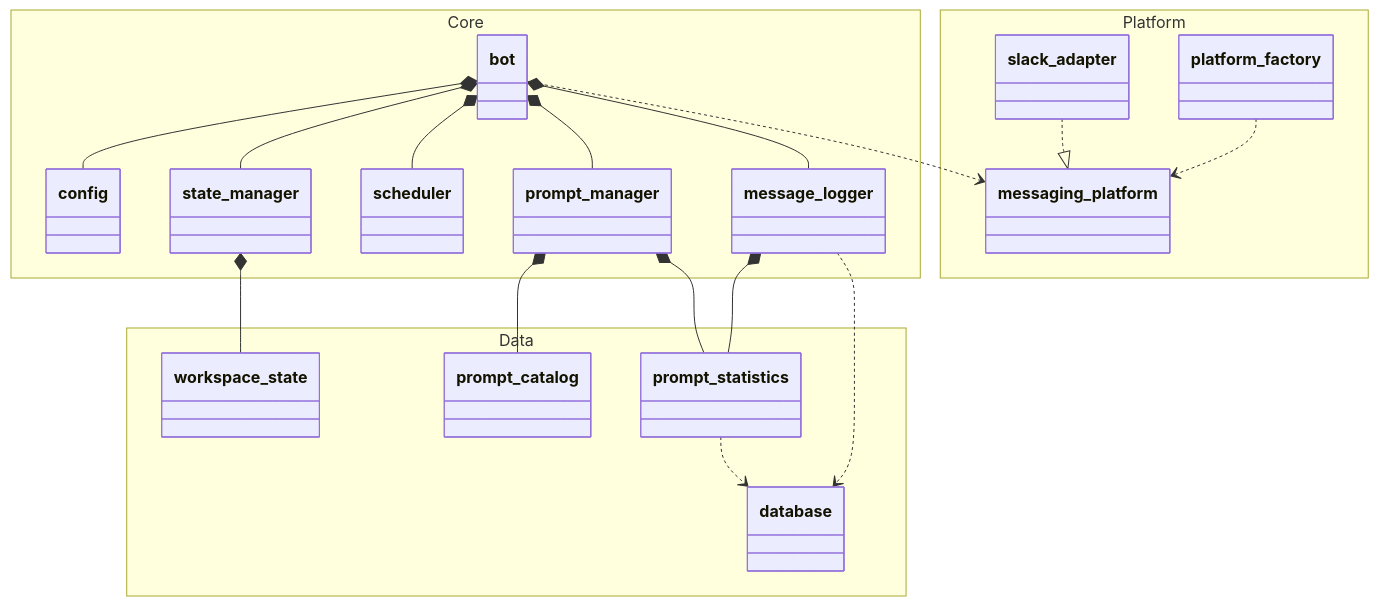
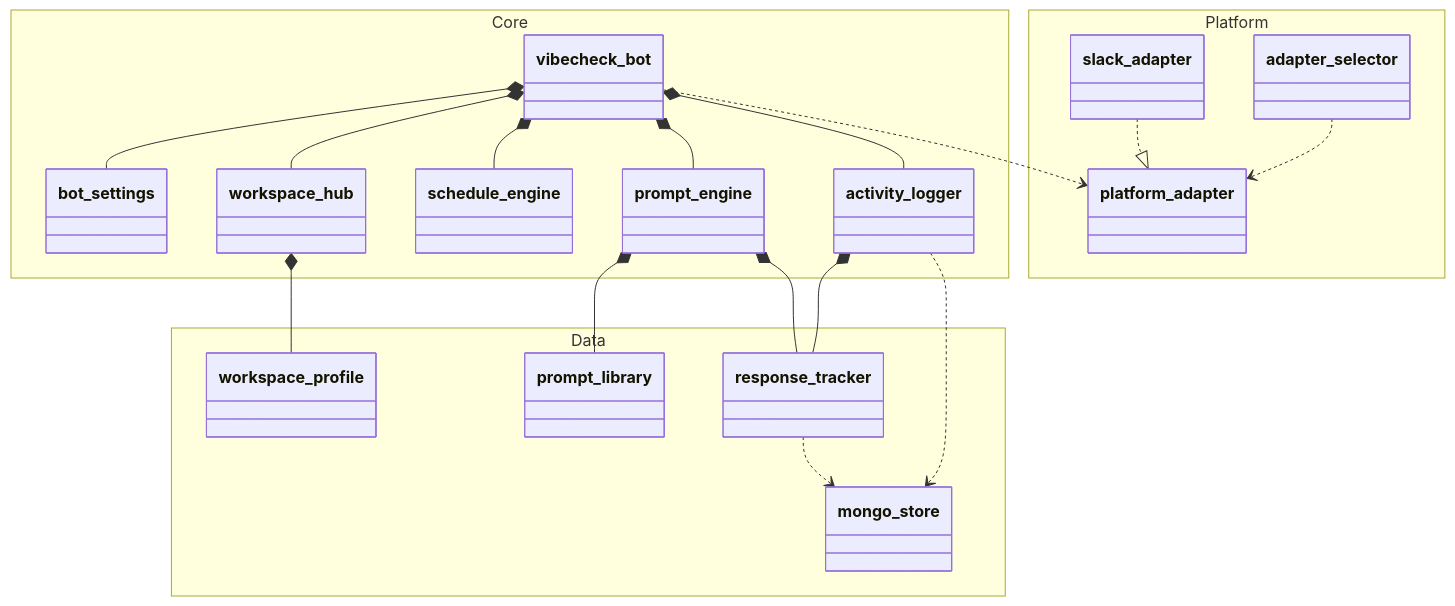
Before and after one commit to Capstone-Projects-2026-spring/project-bereal-chatbot: the first of 4 diagrams in documentation/docs/system-architecture/class-diagram.md, drawn with Mermaid. The commit also changed other lines of this file, not shown here.

Commit message:
class diagram updated

````diff
--- a/documentation/docs/system-architecture/class-diagram.md
+++ b/documentation/docs/system-architecture/class-diagram.md
@@ -11,65 +11,65 @@
 ```mermaid
 classDiagram
 direction TB
     namespace Core {
-        class bot {
+        class vibecheck_bot {
         }
 
-        class config {
+        class bot_settings {
         }
 
-        class state_manager {
+        class workspace_hub {
         }
 
-        class scheduler {
+        class schedule_engine {
         }
 
-        class prompt_manager {
+        class prompt_engine {
         }
 
-        class message_logger {
+        class activity_logger {
         }
     }
 
     namespace Data {
-        class workspace_state {
+        class workspace_profile {
         }
 
-        class prompt_statistics {
+        class response_tracker {
         }
 
-        class prompt_catalog {
+        class prompt_library {
         }
 
-        class database {
+        class mongo_store {
         }
     }
 
     namespace Platform {
-        class messaging_platform {
+        class platform_adapter {
         }
 
         class slack_adapter {
         }
 
-        class platform_factory {
+        class adapter_selector {
         }
     }
 
-    bot *-- config
-    bot *-- state_manager
-    bot *-- scheduler
-    bot *-- prompt_manager
-    bot *-- message_logger
+    vibecheck_bot *-- bot_settings
+    vibecheck_bot *-- workspace_hub
+    vibecheck_bot *-- schedule_engine
+    vibecheck_bot *-- prompt_engine
+    vibecheck_bot *-- activity_logger
 
-    state_manager *-- workspace_state
-    prompt_manager *-- prompt_catalog
-    prompt_manager *-- prompt_statistics
-    message_logger *-- prompt_statistics
+    workspace_hub *-- workspace_profile
+    prompt_engine *-- prompt_library
+    prompt_engine *-- response_tracker
+    activity_logger *-- response_tracker
 
-    bot ..> messaging_platform
-    platform_factory ..> messaging_platform
-    slack_adapter ..|> messaging_platform
-    message_logger ..> database
-    prompt_statistics ..> database
+    vibecheck_bot ..> platform_adapter
+    adapter_selector ..> platform_adapter
+    slack_adapter ..|> platform_adapter
+    activity_logger ..> mongo_store
+    response_tracker ..> mongo_store
 ```
````
